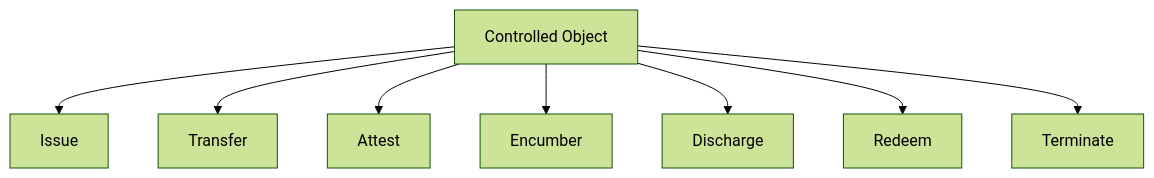
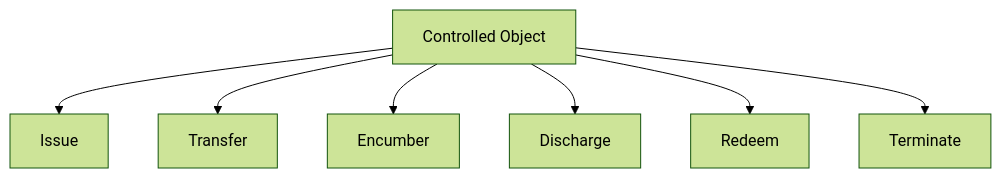
One commit to trbouma/openetr changed the second of 7 diagrams in docs/specs/CANONICAL_ETR_TRANSACTION_INFOGRAPHIC.md. Above: the diagram before and after it, drawn with Mermaid (forest theme). The commit also changed other lines of this file, not shown here.

Commit message:
remove attest

````diff
--- a/docs/specs/CANONICAL_ETR_TRANSACTION_INFOGRAPHIC.md
+++ b/docs/specs/CANONICAL_ETR_TRANSACTION_INFOGRAPHIC.md
@@ -28,10 +28,9 @@
 ```mermaid
 flowchart TD
     O["Controlled Object"] --> I["Issue"]
     O --> T["Transfer"]
-    O --> AT["Attest"]
     O --> E["Encumber"]
     O --> D["Discharge"]
     O --> R["Redeem"]
     O --> X["Terminate"]
 ```
````
